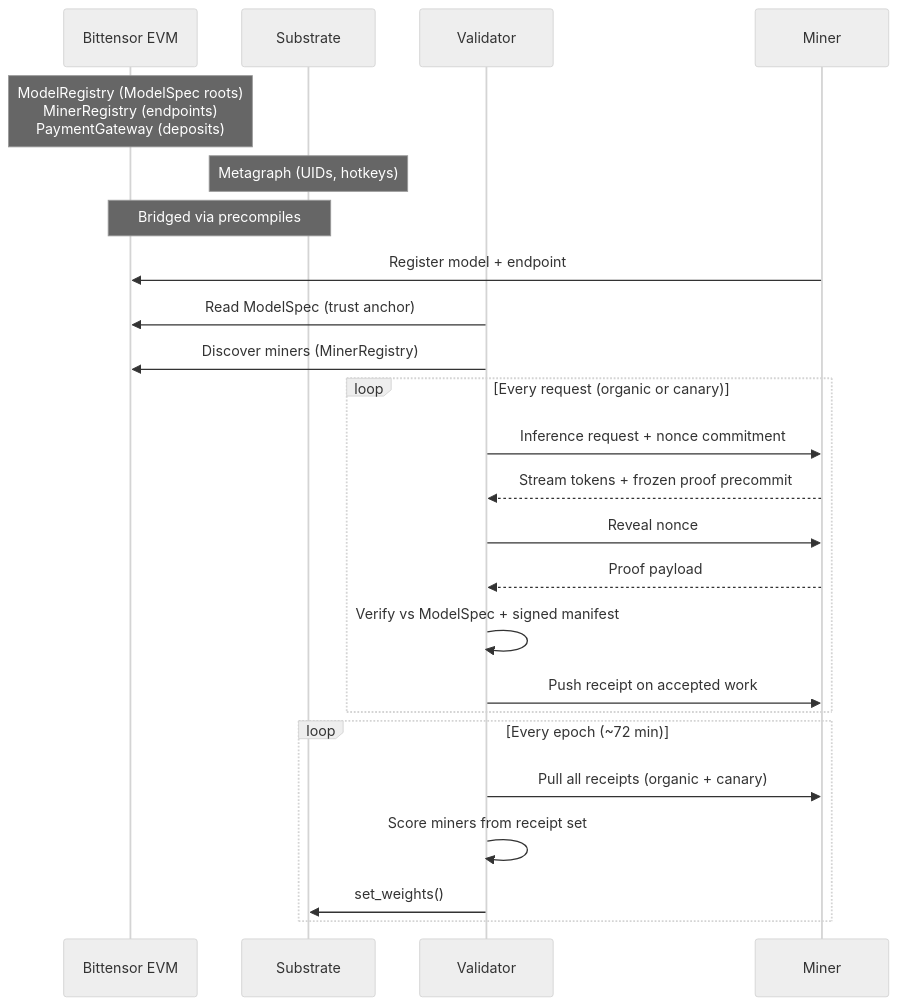
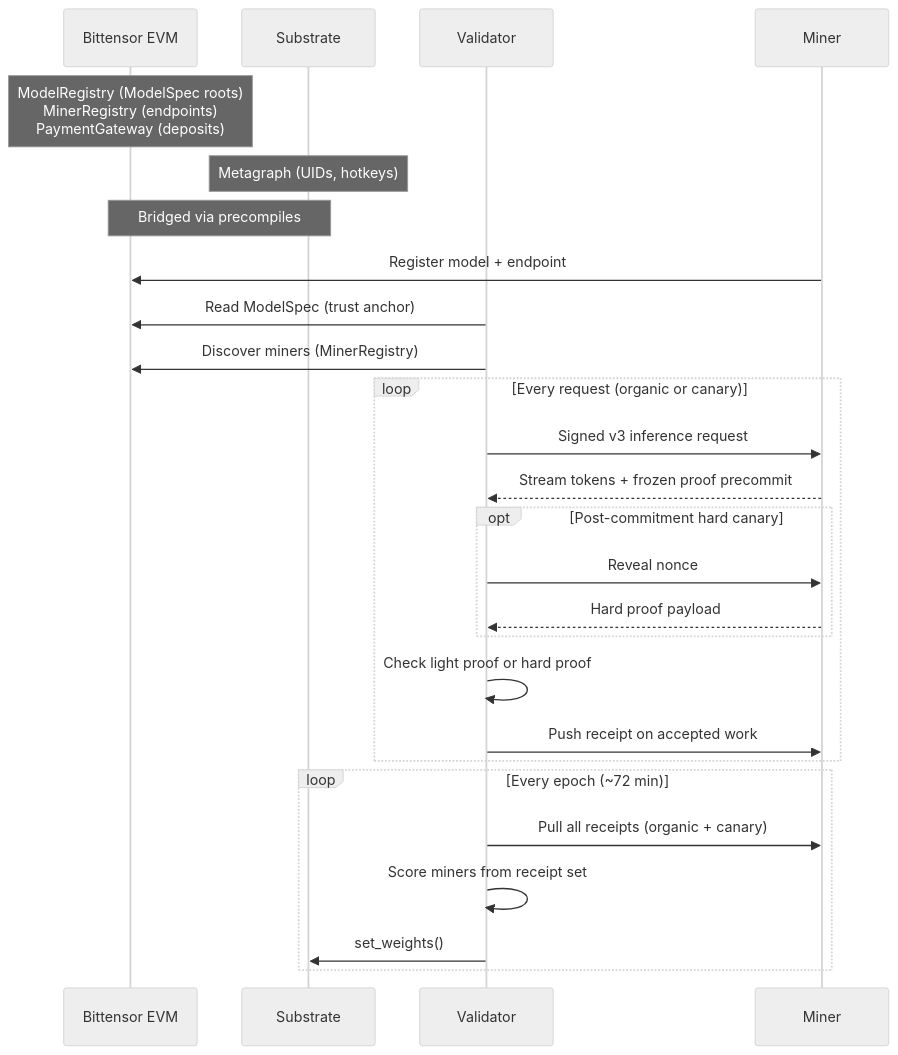
The diagram in docs/bittensor_integration.md (cdylan320/Verathos-sn96-), drawn with Mermaid (neutral theme) before and after one commit. The commit also changed other lines of this file and 10 other files, not shown here.

````diff
--- a/docs/bittensor_integration.md
+++ b/docs/bittensor_integration.md
@@ -9,30 +9,32 @@
 ```mermaid
 sequenceDiagram
     participant EVM as Bittensor EVM
     participant Sub as Substrate
     participant V as Validator
     participant M as Miner
 
     Note over EVM: ModelRegistry (ModelSpec roots)<br/>MinerRegistry (endpoints)<br/>PaymentGateway (deposits)
     Note over Sub: Metagraph (UIDs, hotkeys)
     Note over EVM,Sub: Bridged via precompiles
 
     M->>EVM: Register model + endpoint
     V->>EVM: Read ModelSpec (trust anchor)
     V->>EVM: Discover miners (MinerRegistry)
 
     loop Every request (organic or canary)
-        V->>M: Inference request + nonce commitment
+        V->>M: Signed v3 inference request
         M-->>V: Stream tokens + frozen proof precommit
-        V->>M: Reveal nonce
-        M-->>V: Proof payload
-        V->>V: Verify vs ModelSpec + signed manifest
+        opt Post-commitment hard canary
+            V->>M: Reveal nonce
+            M-->>V: Hard proof payload
+        end
+        V->>V: Check light proof or hard proof
         V->>M: Push receipt on accepted work
     end
 
     loop Every epoch (~72 min)
         V->>M: Pull all receipts (organic + canary)
         V->>V: Score miners from receipt set
         V->>Sub: set_weights()
     end
 ```
````
